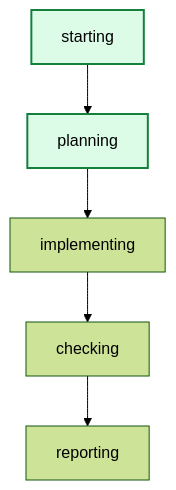
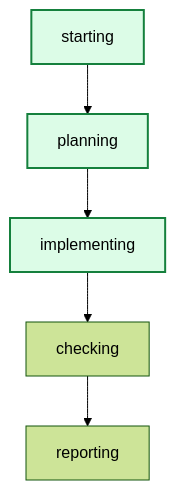
The diagram in runs/issue-21-porter-one-way-ticket/graph.mmd (daniell0gda/hermes-feature-check-dashboard), drawn with Mermaid (forest theme) before and after one commit. The commit also changed 21 other files, not shown here.

```diff
--- a/runs/issue-21-porter-one-way-ticket/graph.mmd
+++ b/runs/issue-21-porter-one-way-ticket/graph.mmd
@@ -1,11 +1,12 @@
 graph TD
     starting --> planning
     planning --> implementing
     implementing --> checking
     checking --> reporting
 
 classDef done fill:#dcfce7,stroke:#15803d,stroke-width:2px;
 classDef active fill:#dbeafe,stroke:#2563eb,stroke-width:3px;
 classDef failed fill:#fee2e2,stroke:#b42318,stroke-width:2px;
+class implementing done;
 class planning done;
 class starting done;
```
